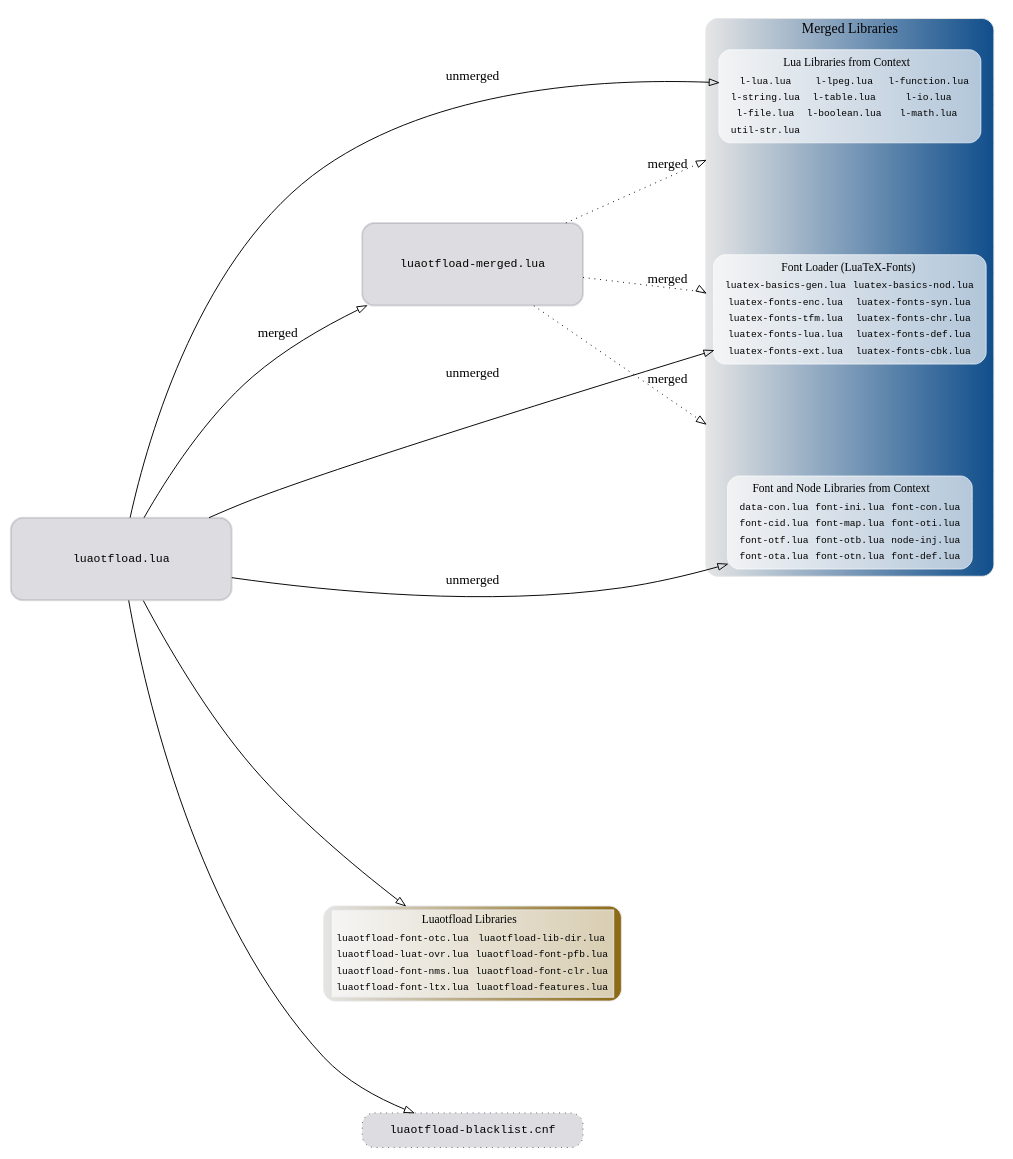
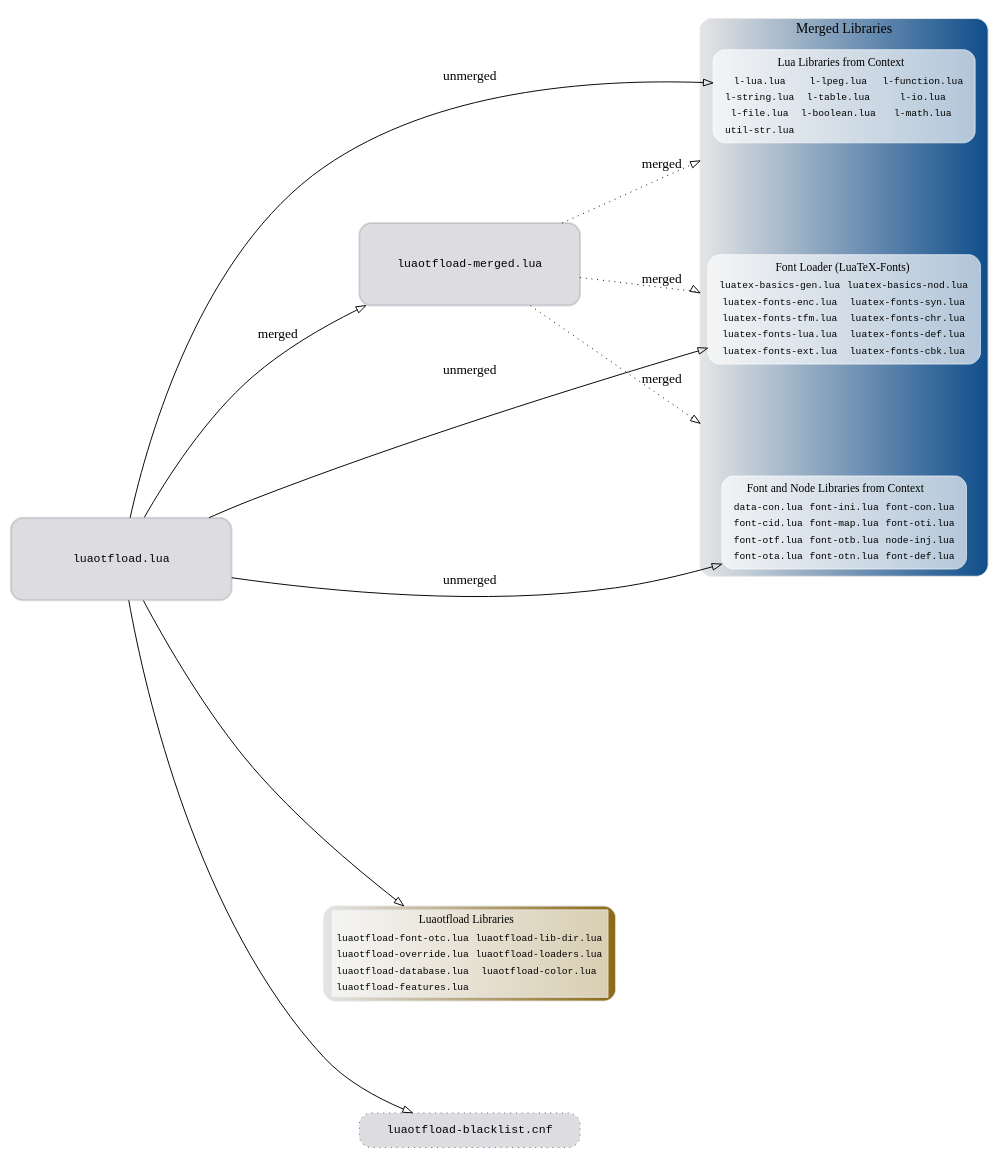
Before and after one commit to latex3/luaotfload: the diagram in filegraph.dot, drawn with Graphviz.

Commit message:
update graph to reflect renamed files

```diff
--- a/filegraph.dot
+++ b/filegraph.dot
@@ -1,179 +1,179 @@
 strict digraph luaotfload_files { //looks weird with circo ...
     compound       = true;
 
 //  label          = "Schematic of the files included in Luaotfload.";
 //  labelloc       = "b";
 
     fontsize       = "14.4";
     labelfontname  = "Iwona Medium Regular";
     fontname       = "Iwona Light Regular";
     size           = "21cm";
 
     rankdir        = LR;
     ranksep  = 0.618;
     nodesep  = 1.618;
 
     edge [
         arrowhead = onormal,
         fontname  = "Iwona Cond Regular",
         penwidth  = 1.0,
     ];
     node [
         //penwidth = 0.7,
         fontname = "Liberation Mono",
         fontsize = 12,
     ];
 
 /* ····································································
  * file structure
  * ································································· */
     luaotfload -> otfl_fonts_merged [label="merged"]
     luaotfload -> merged_lua_libs     [label="unmerged", style=solid]
     luaotfload -> merged_luatex_fonts [label="unmerged", style=solid]
     luaotfload -> merged_context_libs [label="unmerged", style=solid]
 
     luaotfload -> luaotfload_libs
     luaotfload -> otfl_blacklist_cnf
 
 
     otfl_fonts_merged -> merged_lua_libs     [label="merged",
                                               style=dotted,
                                               lhead=cluster_merged]
     otfl_fonts_merged -> merged_luatex_fonts [label="merged",
                                               style=dotted,
                                               lhead=cluster_merged]
     otfl_fonts_merged -> merged_context_libs [label="merged",
                                               style=dotted,
                                               lhead=cluster_merged]
 
 
 
 /* ····································································
  * main files
  * ································································· */
 
     luaotfload        [label  = "luaotfload.lua",
                        shape  = rect,
                        width  = "3.2cm",
                        height = "1.2cm",
                        color  = "#01012222",
                        style  = "filled,rounded",
                        penwidth=2]
     /*
      *otfl_fonts        [label = "luaotfload-fonts.lua",
      *                   shape = rect,
      *                   width  = "3.2cm",
      *                   height = "1.2cm",
      *                   color  = "#01012222",
      *                   style  = "filled,rounded",
      *                   penwidth=2]
      */
     otfl_fonts_merged [label = "luaotfload-merged.lua",
                        shape = rect,
                        width  = "3.2cm",
                        height = "1.2cm",
                        color  = "#01012222",
                        style  = "filled,rounded",
                        penwidth=2]
 
 /* ····································································
  * luaotfload files
  * ································································· */
 
 
     otfl_blacklist_cnf [style      = "filled,dashed",
                         shape      = rect,
                         width      = "3.2cm",
                         fillcolor  = "#01012222",
                         color      = grey40,
                         style      = "filled,dotted,rounded",
                         label      = "luaotfload-blacklist.cnf"]
 
     luaotfload_libs [
         shape      = box,
         style      = "filled,rounded",
         color      = "grey90:goldenrod4",
         fontsize   = 10,
         label      = <
             <table cellborder="0" bgcolor="#FFFFFFAA">
                 <th> <td colspan="2"> <font point-size="12" face="Iwona Italic">Luaotfload Libraries</font> </td> </th>
-                <tr> <td>luaotfload-font-otc.lua</td> <td>luaotfload-lib-dir.lua</td>  </tr>
-                <tr> <td>luaotfload-luat-ovr.lua</td> <td>luaotfload-font-pfb.lua</td> </tr>
-                <tr> <td>luaotfload-font-nms.lua</td> <td>luaotfload-font-clr.lua</td> </tr>
-                <tr> <td>luaotfload-font-ltx.lua</td> <td>luaotfload-features.lua</td> </tr>
+                <tr> <td>luaotfload-font-otc.lua</td> <td>luaotfload-lib-dir.lua</td> </tr>
+                <tr> <td>luaotfload-override.lua</td> <td>luaotfload-loaders.lua</td> </tr>
+                <tr> <td>luaotfload-database.lua</td> <td>luaotfload-color.lua</td>   </tr>
+                <tr> <td>luaotfload-features.lua</td> </tr>
             </table>
         >,
     ]
 
 /* ····································································
  * merged files
  * ································································· */
 
    subgraph cluster_merged {
        node [style=filled, color=white];
        style     = "filled,rounded";
        color     = "grey90:dodgerblue4";
        //nodesep   = "3.0";
        rank      = same;
        label     = "Merged Libraries";
        gradientangle=0;
        merged_lua_libs;
        merged_luatex_fonts;
        merged_context_libs;
    }
 
     otfl_fonts_merged -> merged_lua_libs
     otfl_fonts_merged -> merged_luatex_fonts
     otfl_fonts_merged -> merged_context_libs
 
     merged_lua_libs [
         shape      = box,
         style      = "filled,rounded",
         color      = "#FFFFFFAA",
         fontsize   = 10,
         label      = <
             <table border="0">
                 <th> <td colspan="3"> <font point-size="12" face="Iwona Italic">Lua Libraries from Context</font> </td> </th>
                 <tr> <td>l-lua.lua</td>     <td>l-lpeg.lua</td>    <td>l-function.lua</td>  </tr>
                 <tr> <td>l-string.lua</td>  <td>l-table.lua</td>   <td>l-io.lua</td>        </tr>
                 <tr> <td>l-file.lua</td>    <td>l-boolean.lua</td> <td>l-math.lua</td>      </tr>
                 <tr> <td>util-str.lua</td>                                                  </tr>
             </table>
         >,
     ]
 
     merged_luatex_fonts [
         shape      = box,
         style      = "filled,rounded",
         color      = "#FFFFFFAA",
         fontsize   = 10,
         label      = <
             <table border="0">
                 <th> <td colspan="2"> <font point-size="12" face="Iwona Italic">Font Loader (LuaTeX-Fonts)</font> </td> </th>
                 <tr> <td>luatex-basics-gen.lua</td> <td>luatex-basics-nod.lua</td> </tr>
                 <tr> <td>luatex-fonts-enc.lua</td>  <td>luatex-fonts-syn.lua</td> </tr>
                 <tr> <td>luatex-fonts-tfm.lua</td>  <td>luatex-fonts-chr.lua</td> </tr>
                 <tr> <td>luatex-fonts-lua.lua</td>  <td>luatex-fonts-def.lua</td> </tr>
                 <tr> <td>luatex-fonts-ext.lua</td>  <td>luatex-fonts-cbk.lua</td> </tr>
             </table>
         >,
     ]
 
     merged_context_libs [
         shape      = box,
         style      = "filled,rounded",
         color      = "#FFFFFFAA",
         fontsize   = 10,
         label      = <
             <table border="0">
                 <th> <td colspan="3"> <font point-size="12" face="Iwona Italic"> Font and Node Libraries from Context </font> </td> </th>
                 <tr> <td>data-con.lua</td> <td>font-ini.lua</td> <td>font-con.lua</td> </tr>
                 <tr> <td>font-cid.lua</td> <td>font-map.lua</td> <td>font-oti.lua</td> </tr>
                 <tr> <td>font-otf.lua</td> <td>font-otb.lua</td> <td>node-inj.lua</td> </tr>
                 <tr> <td>font-ota.lua</td> <td>font-otn.lua</td> <td>font-def.lua</td> </tr>
             </table>
         >,
     ]
 }
 
 // vim:ft=dot:sw=4:ts=4:expandtab
```
